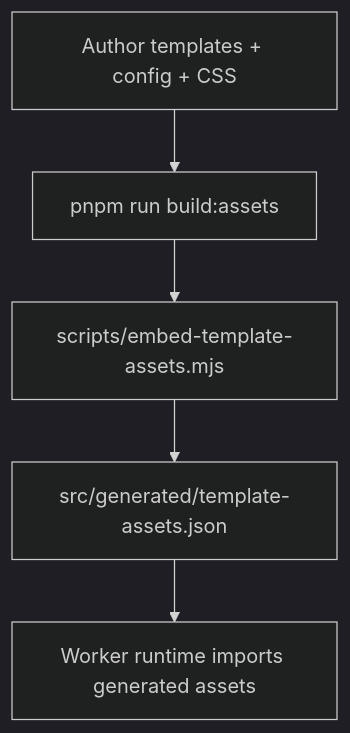
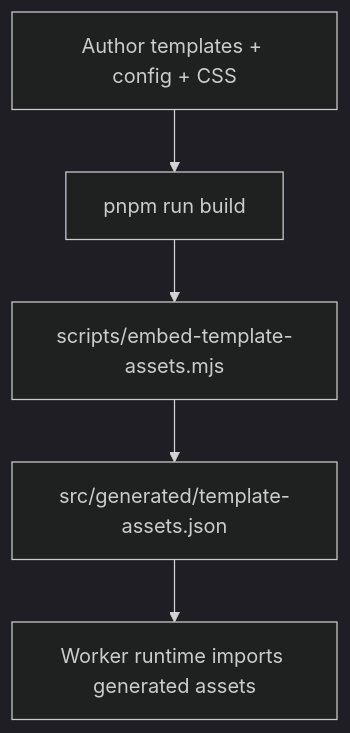
The first of 3 diagrams in docs/architecture.md (sapienskid/tasbir), drawn with Mermaid (dark theme) before and after one commit. The commit also changed other lines of this file and 6 other files, not shown here.

````diff
--- a/docs/architecture.md
+++ b/docs/architecture.md
@@ -7,7 +7,7 @@
 ```mermaid
 flowchart TD
-    A[Author templates + config + CSS] --> B[pnpm run build:assets]
+    A[Author templates + config + CSS] --> B[pnpm run build]
     B --> C[scripts/embed-template-assets.mjs]
     C --> D[src/generated/template-assets.json]
     D --> E[Worker runtime imports generated assets]
 ```
````
